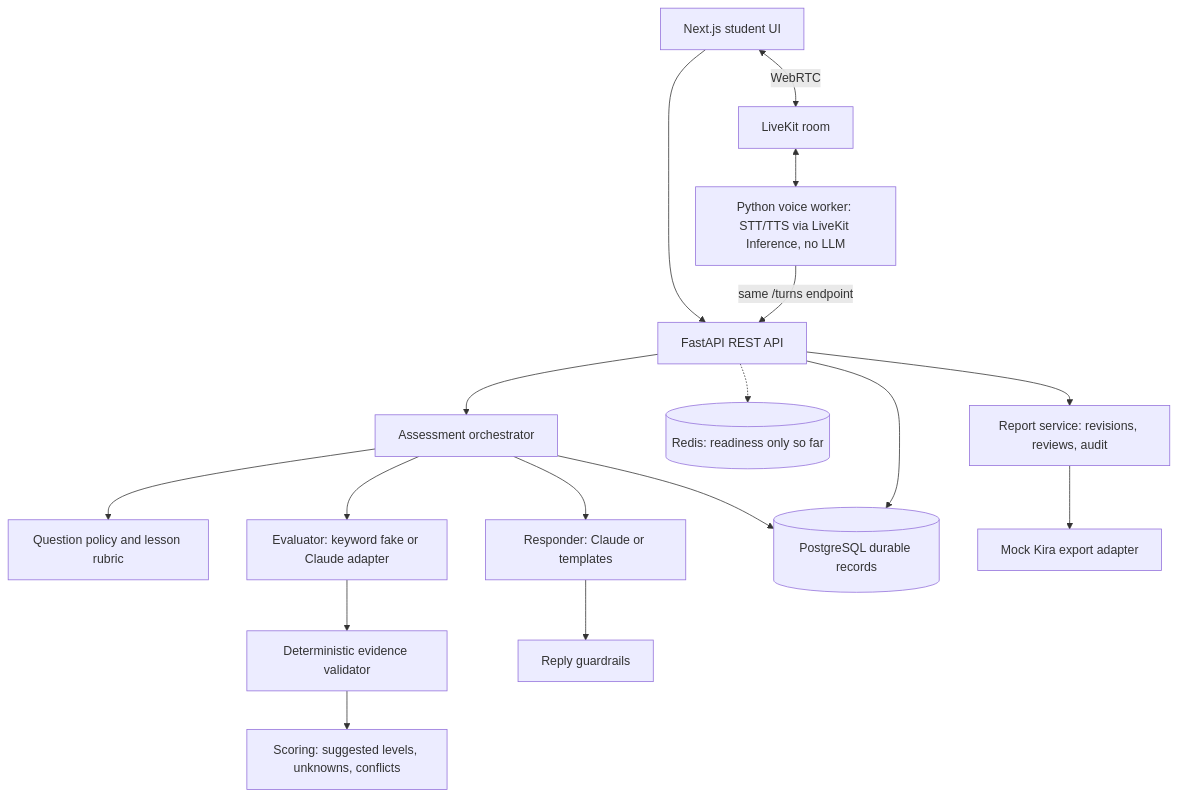
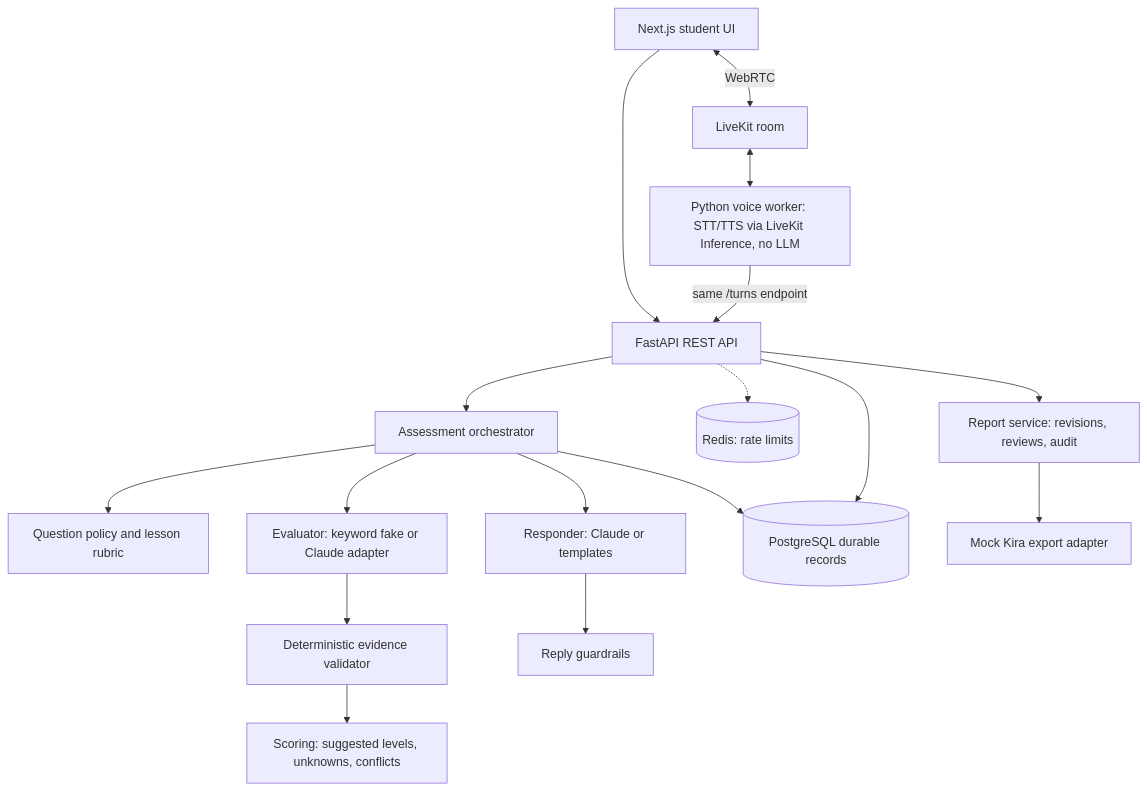
Before and after one commit to PickleRith/kira-verbal: the first of 2 diagrams in docs/architecture.md, drawn with Mermaid. The commit also changed other lines of this file and 105 other files, not shown here.

````diff
--- a/docs/architecture.md
+++ b/docs/architecture.md
@@ -7,17 +7,17 @@
 ```mermaid
 flowchart TD
   UI[Next.js student UI] --> API[FastAPI REST API]
   UI <-->|WebRTC| RTC[LiveKit room]
   RTC <--> W[Python voice worker: STT/TTS via LiveKit Inference, no LLM]
   W -->|same /turns endpoint| API
   API --> O[Assessment orchestrator]
   O --> P[Question policy and lesson rubric]
   O --> E[Evaluator: keyword fake or Claude adapter]
   E --> V[Deterministic evidence validator]
   V --> S[Scoring: suggested levels, unknowns, conflicts]
   O --> RS[Responder: Claude or templates] --> G[Reply guardrails]
   O --> DB[(PostgreSQL durable records)]
   API --> DB
-  API -.-> R[(Redis: readiness only so far)]
+  API -.-> R[(Redis: rate limits)]
   API --> RP[Report service: revisions, reviews, audit] --> X[Mock Kira export adapter]
 ```
````
